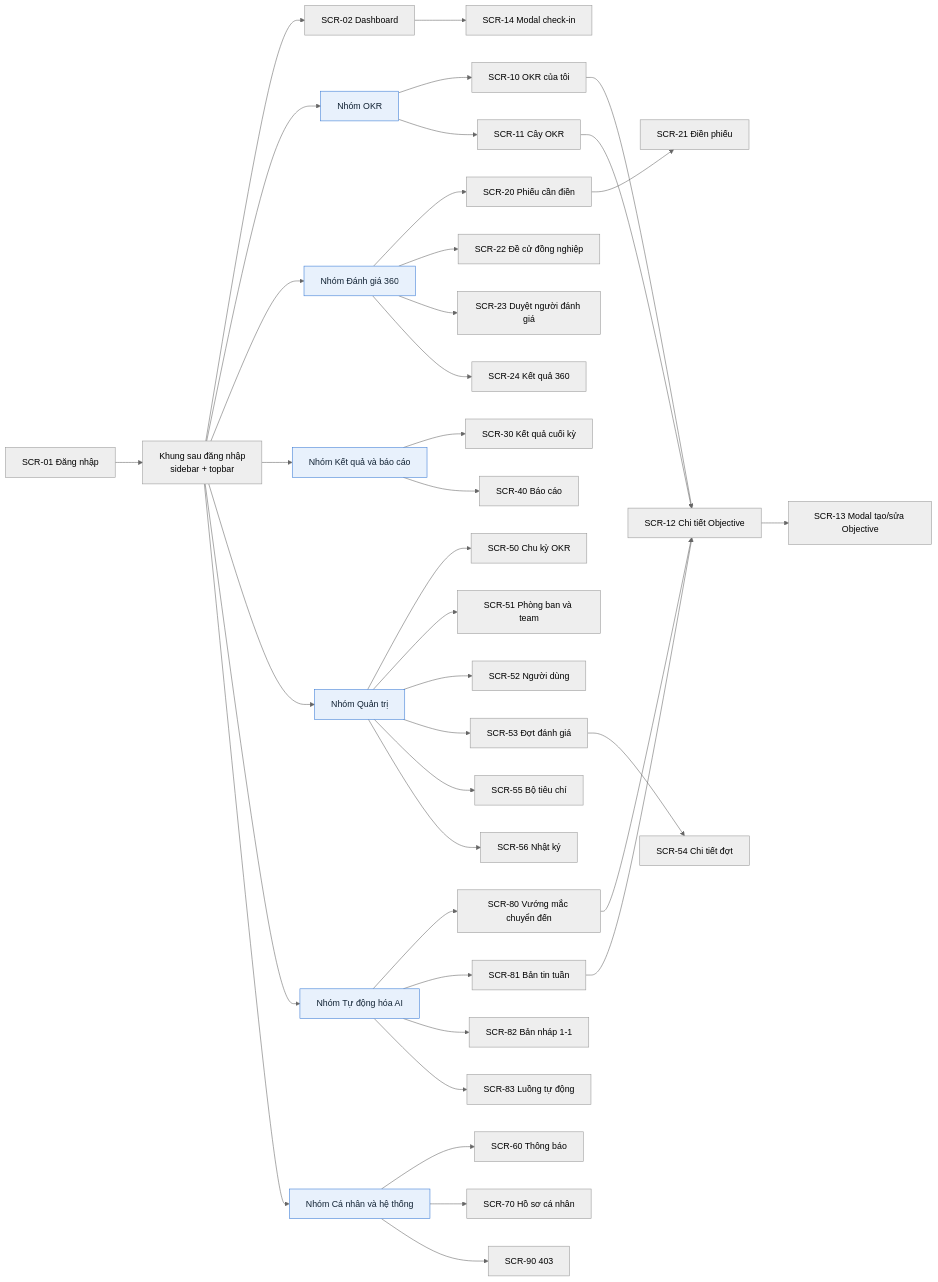
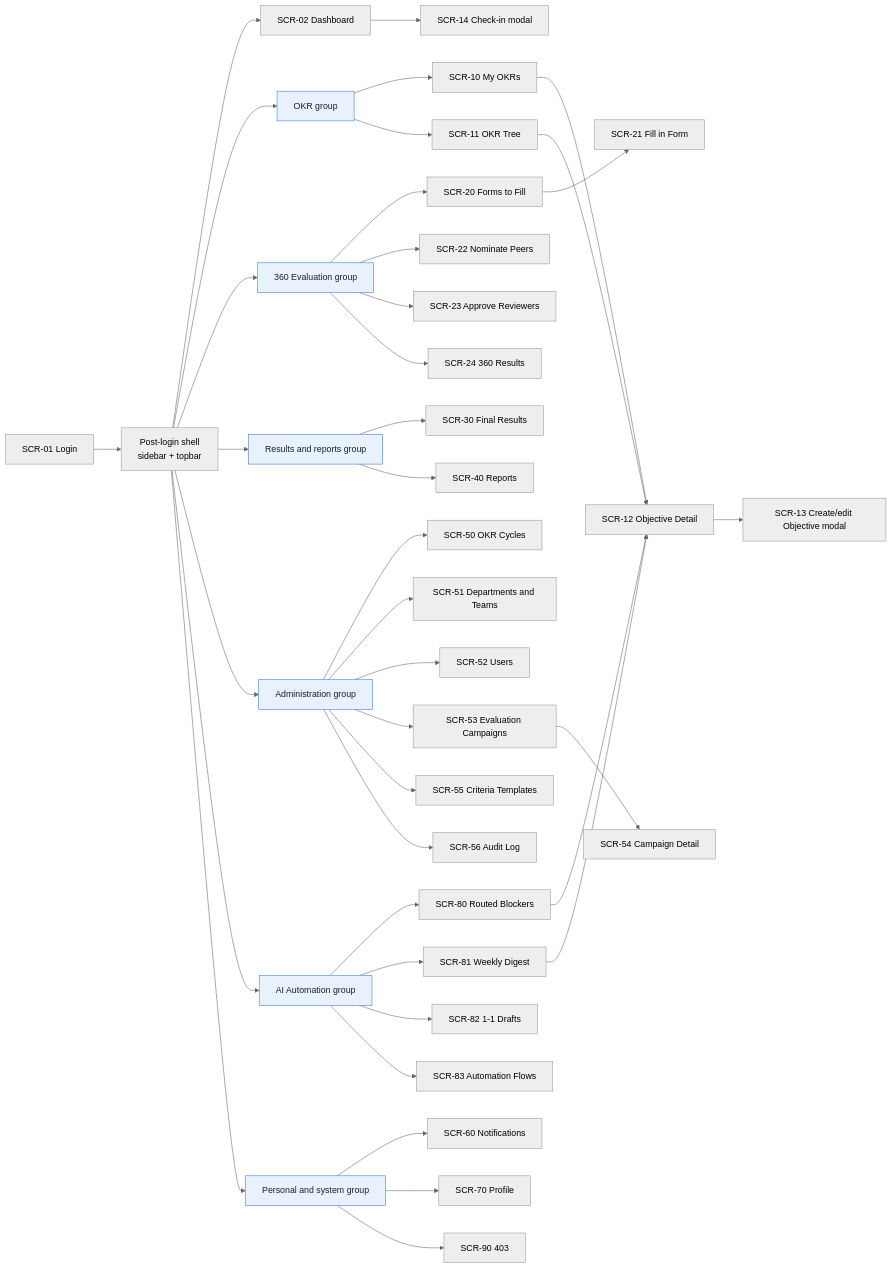
One commit to Akaza-ban/OCK-360 changed the first of 6 diagrams in docs/04-information-architecture.md. Above: the diagram before and after it, drawn with Mermaid (neutral theme). The commit also changed other lines of this file and 24 other files, not shown here.

````diff
--- a/docs/04-information-architecture.md
+++ b/docs/04-information-architecture.md
@@ -122,50 +122,50 @@
 ```mermaid
 flowchart LR
-    Login["SCR-01 Đăng nhập"] --> Shell["Khung sau đăng nhập<br/>sidebar + topbar"]
+    Login["SCR-01 Login"] --> Shell["Post-login shell<br/>sidebar + topbar"]
 
     Shell --> Dashboard["SCR-02 Dashboard"]
-    Dashboard --> Checkin["SCR-14 Modal check-in"]
+    Dashboard --> Checkin["SCR-14 Check-in modal"]
 
-    Shell --> GroupOkr["Nhóm OKR"]
-    GroupOkr --> MyOkr["SCR-10 OKR của tôi"]
-    GroupOkr --> Tree["SCR-11 Cây OKR"]
-    MyOkr --> Detail["SCR-12 Chi tiết Objective"]
+    Shell --> GroupOkr["OKR group"]
+    GroupOkr --> MyOkr["SCR-10 My OKRs"]
+    GroupOkr --> Tree["SCR-11 OKR Tree"]
+    MyOkr --> Detail["SCR-12 Objective Detail"]
     Tree --> Detail
-    Detail --> ObjForm["SCR-13 Modal tạo/sửa Objective"]
+    Detail --> ObjForm["SCR-13 Create/edit Objective modal"]
 
-    Shell --> GroupReview["Nhóm Đánh giá 360"]
-    GroupReview --> Todo["SCR-20 Phiếu cần điền"]
-    Todo --> Form["SCR-21 Điền phiếu"]
-    GroupReview --> Nominate["SCR-22 Đề cử đồng nghiệp"]
-    GroupReview --> Approve["SCR-23 Duyệt người đánh giá"]
-    GroupReview --> Result360["SCR-24 Kết quả 360"]
+    Shell --> GroupReview["360 Evaluation group"]
+    GroupReview --> Todo["SCR-20 Forms to Fill"]
+    Todo --> Form["SCR-21 Fill in Form"]
+    GroupReview --> Nominate["SCR-22 Nominate Peers"]
+    GroupReview --> Approve["SCR-23 Approve Reviewers"]
+    GroupReview --> Result360["SCR-24 360 Results"]
 
-    Shell --> GroupResult["Nhóm Kết quả và báo cáo"]
-    GroupResult --> Final["SCR-30 Kết quả cuối kỳ"]
-    GroupResult --> Reports["SCR-40 Báo cáo"]
+    Shell --> GroupResult["Results and reports group"]
+    GroupResult --> Final["SCR-30 Final Results"]
+    GroupResult --> Reports["SCR-40 Reports"]
 
-    Shell --> GroupAdmin["Nhóm Quản trị"]
-    GroupAdmin --> Cycles["SCR-50 Chu kỳ OKR"]
-    GroupAdmin --> Depts["SCR-51 Phòng ban và team"]
-    GroupAdmin --> Users["SCR-52 Người dùng"]
-    GroupAdmin --> Campaigns["SCR-53 Đợt đánh giá"]
-    Campaigns --> Campaign["SCR-54 Chi tiết đợt"]
-    GroupAdmin --> Templates["SCR-55 Bộ tiêu chí"]
-    GroupAdmin --> Audit["SCR-56 Nhật ký"]
+    Shell --> GroupAdmin["Administration group"]
+    GroupAdmin --> Cycles["SCR-50 OKR Cycles"]
+    GroupAdmin --> Depts["SCR-51 Departments and Teams"]
+    GroupAdmin --> Users["SCR-52 Users"]
+    GroupAdmin --> Campaigns["SCR-53 Evaluation Campaigns"]
+    Campaigns --> Campaign["SCR-54 Campaign Detail"]
+    GroupAdmin --> Templates["SCR-55 Criteria Templates"]
+    GroupAdmin --> Audit["SCR-56 Audit Log"]
 
-    Shell --> GroupAi["Nhóm Tự động hóa AI"]
-    GroupAi --> Blockers["SCR-80 Vướng mắc chuyển đến"]
-    GroupAi --> Digest["SCR-81 Bản tin tuần"]
-    GroupAi --> Drafts["SCR-82 Bản nháp 1-1"]
-    GroupAi --> Flows["SCR-83 Luồng tự động"]
+    Shell --> GroupAi["AI Automation group"]
+    GroupAi --> Blockers["SCR-80 Routed Blockers"]
+    GroupAi --> Digest["SCR-81 Weekly Digest"]
+    GroupAi --> Drafts["SCR-82 1-1 Drafts"]
+    GroupAi --> Flows["SCR-83 Automation Flows"]
     Blockers --> Detail
     Digest --> Detail
 
-    Shell --> GroupPersonal["Nhóm Cá nhân và hệ thống"]
-    GroupPersonal --> Notify["SCR-60 Thông báo"]
-    GroupPersonal --> Profile["SCR-70 Hồ sơ cá nhân"]
+    Shell --> GroupPersonal["Personal and system group"]
+    GroupPersonal --> Notify["SCR-60 Notifications"]
+    GroupPersonal --> Profile["SCR-70 Profile"]
     GroupPersonal --> Forbidden["SCR-90 403"]
 
     classDef group fill:#e8f1fc,color:#123,stroke:#3a7bd5
     class GroupOkr,GroupReview,GroupResult,GroupAdmin,GroupAi,GroupPersonal group
 ```
````
